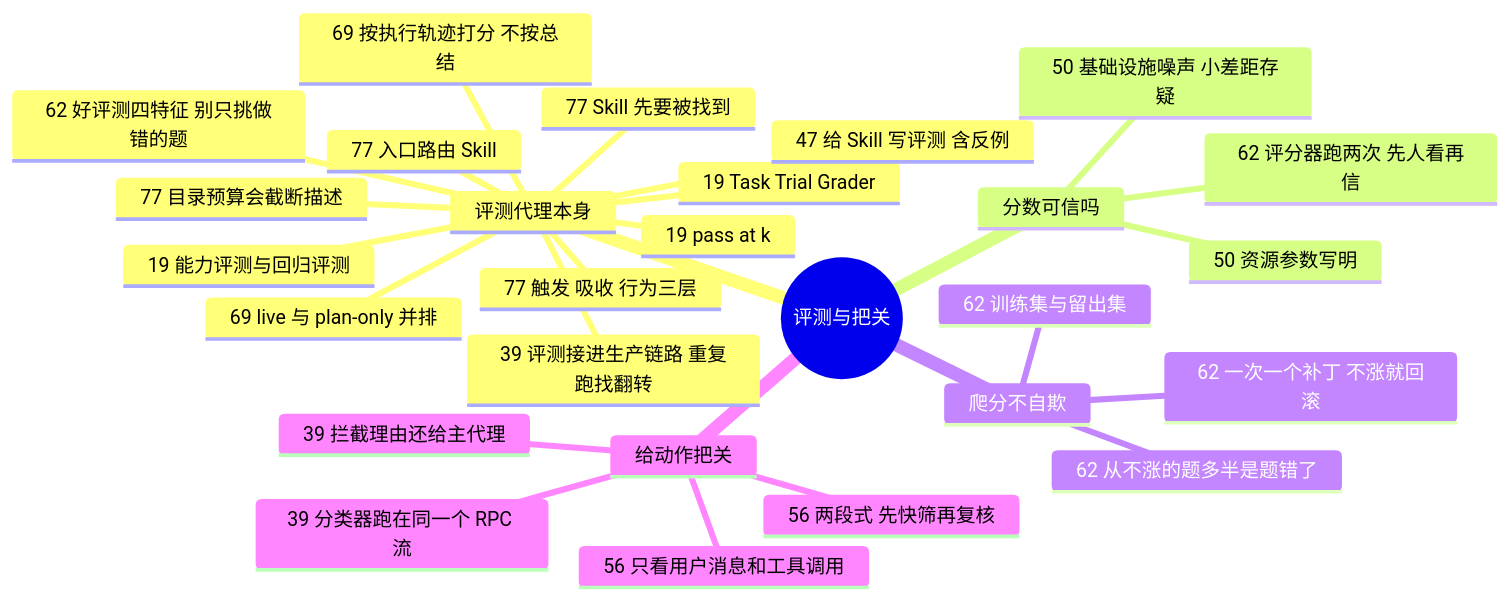
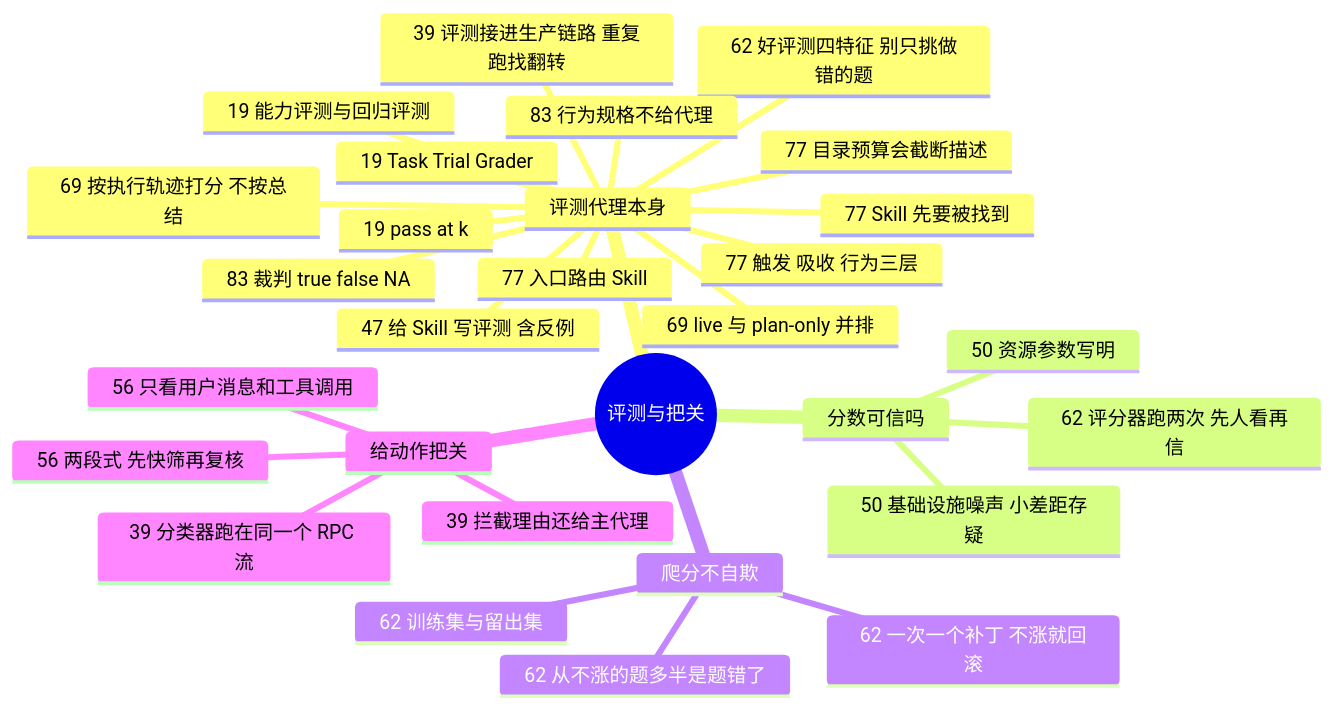
One commit to yzw7489757/ai-coding-videos changed the diagram in docs/guide/evals.md. Above: the diagram before and after it, drawn with Mermaid. The commit also changed other lines of this file and 17 other files, not shown here.

````diff
--- a/docs/guide/evals.md
+++ b/docs/guide/evals.md
@@ -15,30 +15,32 @@
 ```mermaid
 mindmap
   root((评测与把关))
     评测代理本身
       19 Task Trial Grader
       19 能力评测与回归评测
       19 pass at k
       39 评测接进生产链路 重复跑找翻转
       47 给 Skill 写评测 含反例
       62 好评测四特征 别只挑做错的题
       69 按执行轨迹打分 不按总结
       69 live 与 plan-only 并排
+      83 行为规格不给代理
+      83 裁判 true false NA
       77 Skill 先要被找到
       77 触发 吸收 行为三层
       77 入口路由 Skill
       77 目录预算会截断描述
     分数可信吗
       50 基础设施噪声 小差距存疑
       50 资源参数写明
       62 评分器跑两次 先人看再信
     爬分不自欺
       62 训练集与留出集
       62 一次一个补丁 不涨就回滚
       62 从不涨的题多半是题错了
     给动作把关
       39 分类器跑在同一个 RPC 流
       39 拦截理由还给主代理
       56 两段式 先快筛再复核
       56 只看用户消息和工具调用
 ```
````
